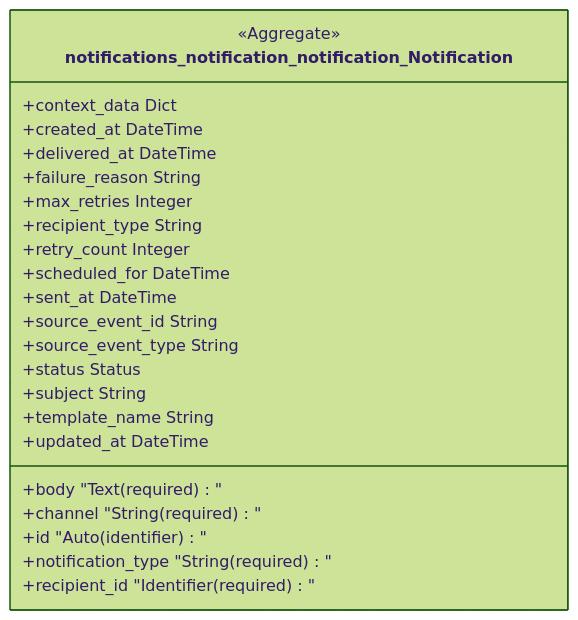
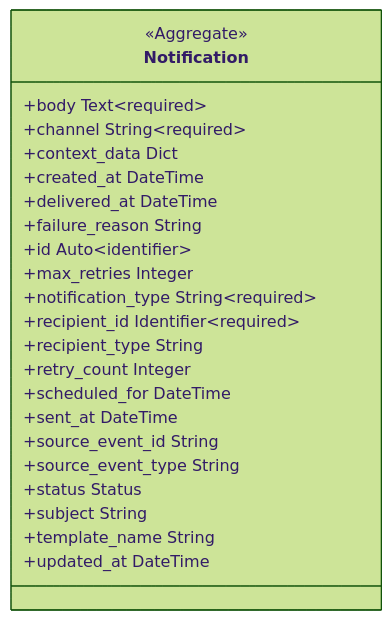
Before and after one commit to proteanhq/shopstream: the first of 2 diagrams in docs/notifications/clusters.md, drawn with Mermaid (forest theme). The commit also changed other lines of this file and 24 other files, not shown here.

First line of the commit message:
Regenerate docs with improved Mermaid diagrams from upstream Protean fixes

````diff
--- a/docs/notifications/clusters.md
+++ b/docs/notifications/clusters.md
@@ -3,26 +3,26 @@
 ```mermaid
 classDiagram
-    class notifications_notification_notification_Notification {
+    class notifications_notification_notification_Notification["Notification"] {
         <<Aggregate>>
-        +body "Text (required)"
-        +channel "String (required)"
+        +body Text~required~
+        +channel String~required~
         +context_data Dict
         +created_at DateTime
         +delivered_at DateTime
         +failure_reason String
-        +id "Auto (identifier)"
+        +id Auto~identifier~
         +max_retries Integer
-        +notification_type "String (required)"
-        +recipient_id "Identifier (required)"
+        +notification_type String~required~
+        +recipient_id Identifier~required~
         +recipient_type String
         +retry_count Integer
         +scheduled_for DateTime
         +sent_at DateTime
         +source_event_id String
         +source_event_type String
         +status Status
         +subject String
         +template_name String
         +updated_at DateTime
     }
 ```
````
